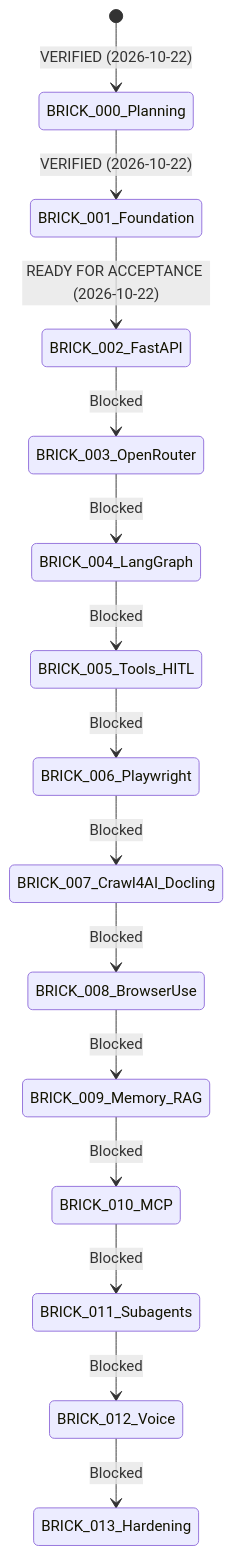
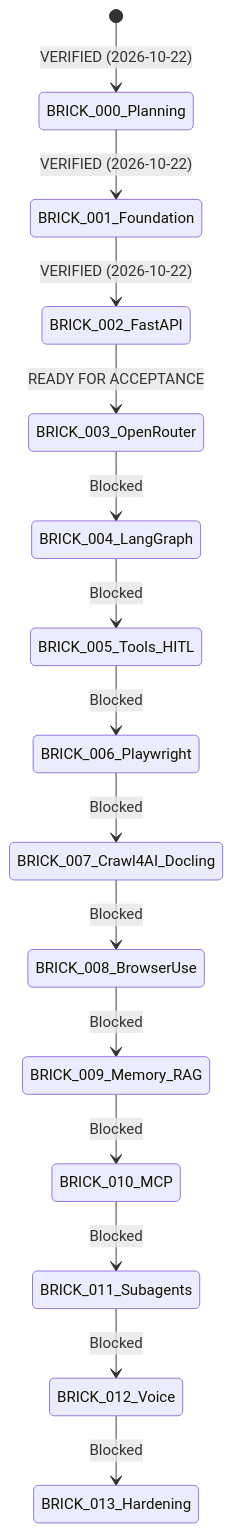
One commit to Aryramy/javed changed the diagram in docs/PROGRESS.md. Above: the diagram before and after it, drawn with Mermaid. The commit also changed other lines of this file and 29 other files, not shown here.

Commit message:
feat: BRICK-003 OpenRouter live streaming chat, dynamic model selection, and token cost telemetry

````diff
--- a/docs/PROGRESS.md
+++ b/docs/PROGRESS.md
@@ -27,17 +27,17 @@
 ```mermaid
 stateDiagram-v2
     [*] --> BRICK_000_Planning: VERIFIED (2026-10-22)
     BRICK_000_Planning --> BRICK_001_Foundation: VERIFIED (2026-10-22)
-    BRICK_001_Foundation --> BRICK_002_FastAPI: READY FOR ACCEPTANCE (2026-10-22)
-    BRICK_002_FastAPI --> BRICK_003_OpenRouter: Blocked
+    BRICK_001_Foundation --> BRICK_002_FastAPI: VERIFIED (2026-10-22)
+    BRICK_002_FastAPI --> BRICK_003_OpenRouter: READY FOR ACCEPTANCE
     BRICK_003_OpenRouter --> BRICK_004_LangGraph: Blocked
     BRICK_004_LangGraph --> BRICK_005_Tools_HITL: Blocked
     BRICK_005_Tools_HITL --> BRICK_006_Playwright: Blocked
     BRICK_006_Playwright --> BRICK_007_Crawl4AI_Docling: Blocked
     BRICK_007_Crawl4AI_Docling --> BRICK_008_BrowserUse: Blocked
     BRICK_008_BrowserUse --> BRICK_009_Memory_RAG: Blocked
     BRICK_009_Memory_RAG --> BRICK_010_MCP: Blocked
     BRICK_010_MCP --> BRICK_011_Subagents: Blocked
     BRICK_011_Subagents --> BRICK_012_Voice: Blocked
     BRICK_012_Voice --> BRICK_013_Hardening: Blocked
 ```
````
